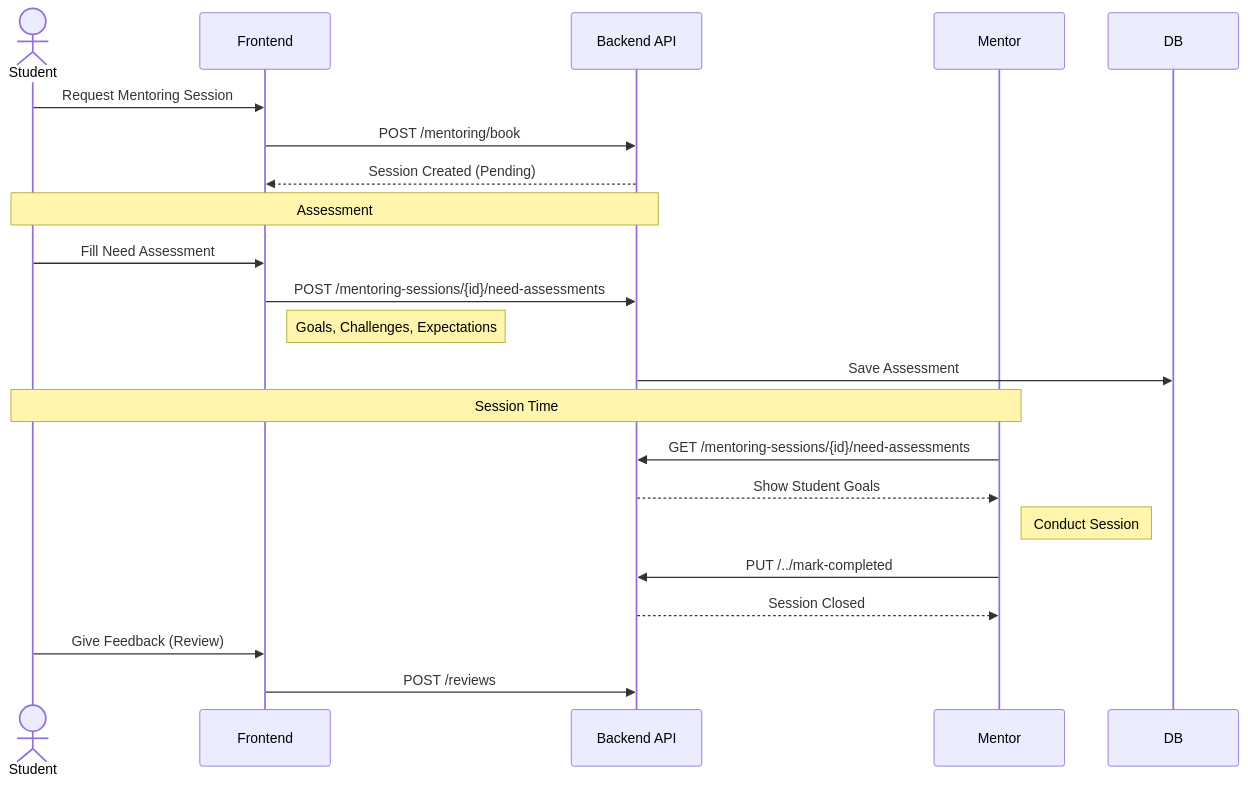
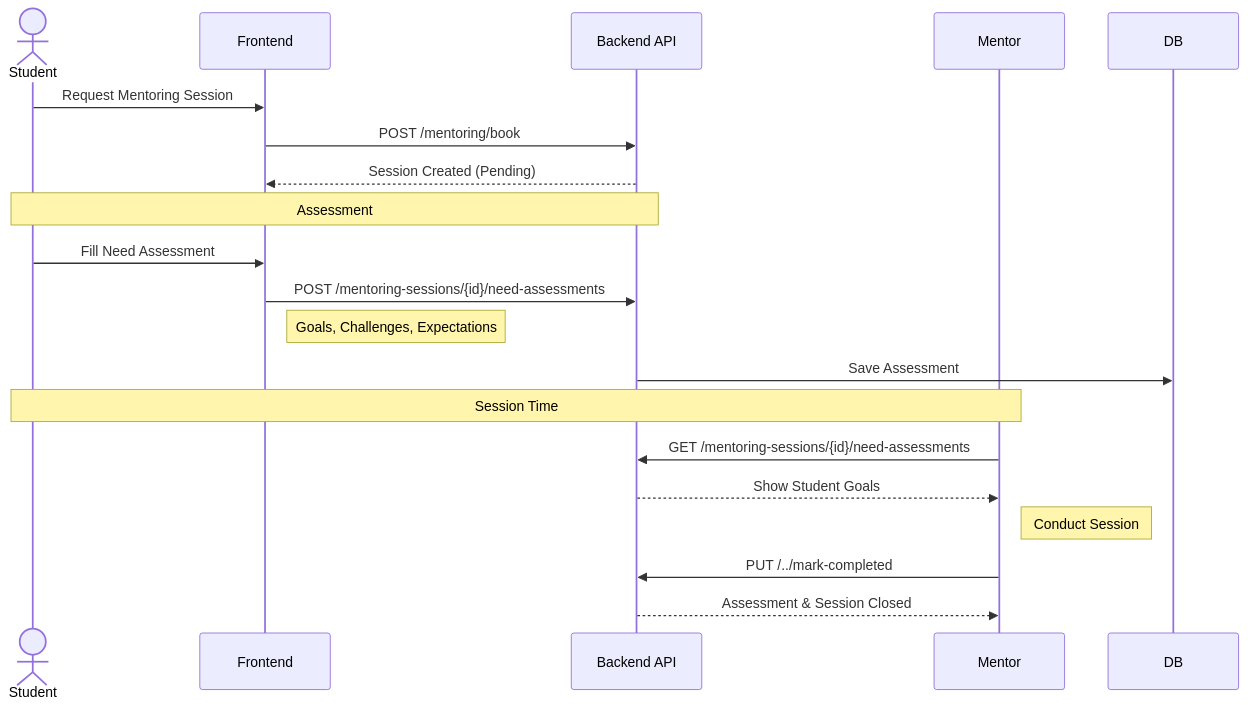
Before and after one commit to 23081010076-oss/backend: the sixth of 9 diagrams in APP_FLOWS.md, drawn with Mermaid. The commit also changed other lines of this file, not shown here.

Commit message:
feat: Add Scholarship Portal flow documentation and refine session completion message.

````diff
--- a/APP_FLOWS.md
+++ b/APP_FLOWS.md
@@ -186,29 +186,26 @@
 ```mermaid
 sequenceDiagram
     actor Student
     participant FE as Frontend
     participant API as Backend API
     participant Mentor
 
     Student->>FE: Request Mentoring Session
     FE->>API: POST /mentoring/book
     API-->>FE: Session Created (Pending)
     
     Note over Student, API: Assessment
     Student->>FE: Fill Need Assessment
     FE->>API: POST /mentoring-sessions/{id}/need-assessments
     Note right of FE: Goals, Challenges, Expectations
     API->>DB: Save Assessment
     
     Note over Student, Mentor: Session Time
     Mentor->>API: GET /mentoring-sessions/{id}/need-assessments
     API-->>Mentor: Show Student Goals
     
     Note right of Mentor: Conduct Session
     
     Mentor->>API: PUT /../mark-completed
-    API-->>Mentor: Session Closed
-    
-    Student->>FE: Give Feedback (Review)
-    FE->>API: POST /reviews
+    API-->>Mentor: Assessment & Session Closed
 ```
````
